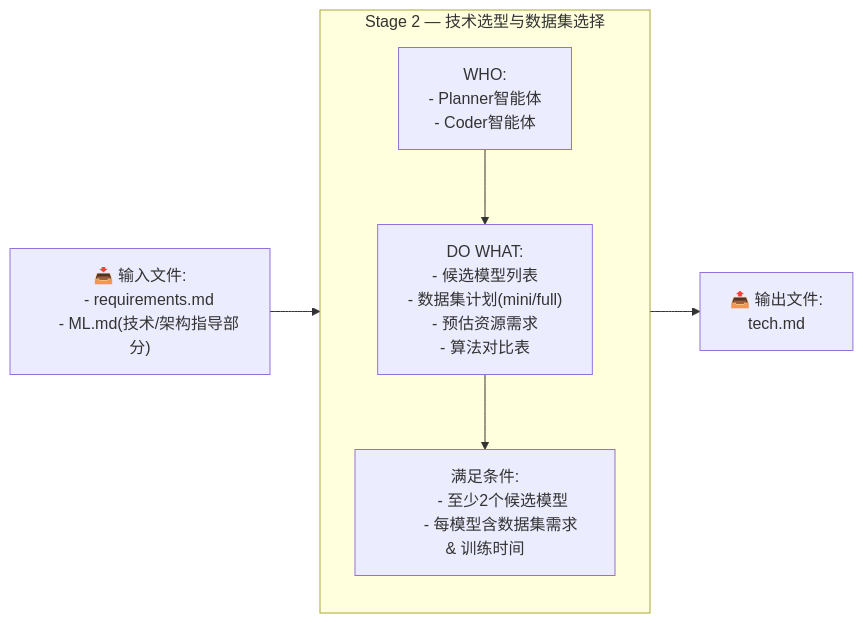
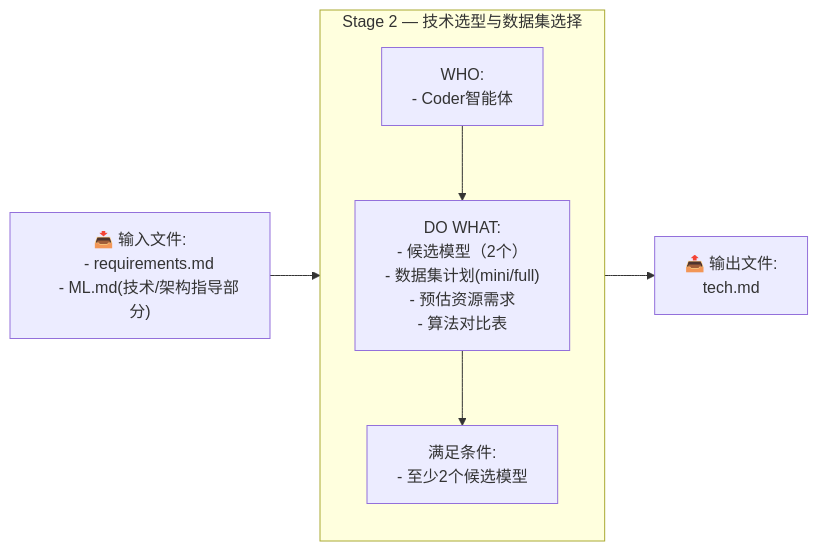
Before and after one commit to ouyangshixiong/context-engineering-zh: the third of 17 diagrams in README.md, drawn with Mermaid. The commit also changed other lines of this file, not shown here.

````diff
--- a/README.md
+++ b/README.md
@@ -161,31 +166,30 @@
 ```mermaid
 flowchart LR
     %% ================= Stage 2 =================
     I2["📥 输入文件:
     - requirements.md
     - ML.md(技术/架构指导部分)"]
 
     O2["📤 输出文件:
     tech.md"]
 
     subgraph S2["Stage 2 — 技术选型与数据集选择"]
         direction TB
         W2["WHO:
-        - Planner智能体
         - Coder智能体"]
 
         A2["DO WHAT:
-        - 候选模型列表
+        - 候选模型（2个）
         - 数据集计划(mini/full)
         - 预估资源需求
         - 算法对比表"]
 
         V2["满足条件:
         - 至少2个候选模型
-        - 每模型含数据集需求 & 训练时间"]
+        "]
         
         W2 --> A2 --> V2
     end
 
     I2 --> S2 --> O2
 ```
````
